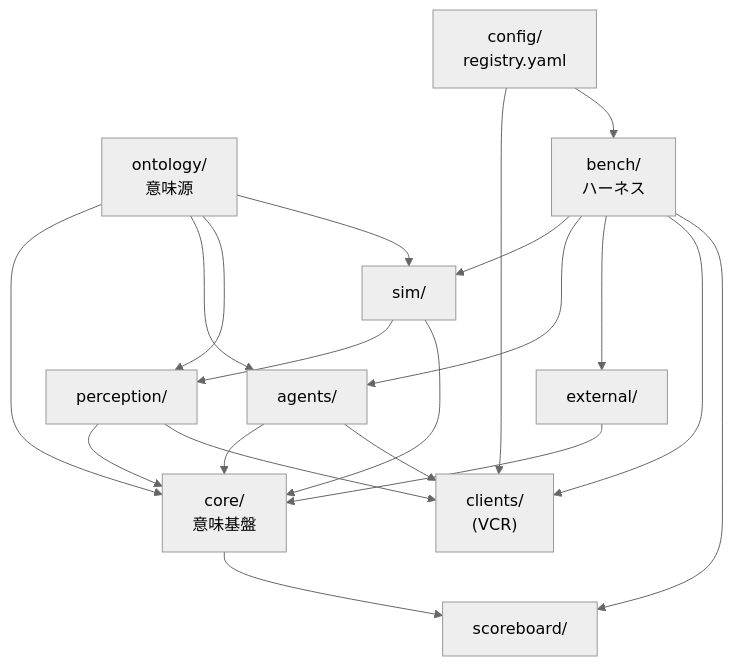
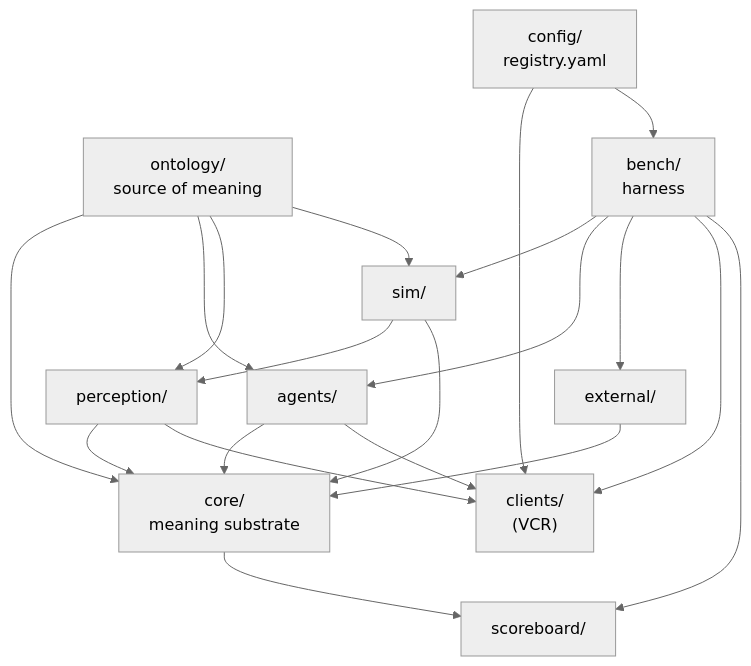
Before and after one commit to shibuiwilliam/robotics-experiments: the second of 4 diagrams in Musubi/PROJECT.md, drawn with Mermaid (neutral theme). The commit also changed other lines of this file and 2 other files, not shown here.

````diff
--- a/Musubi/PROJECT.md
+++ b/Musubi/PROJECT.md
@@ -168,32 +168,32 @@
 ```mermaid
 flowchart TD
-    ONT["ontology/<br/>意味源"]
+    ONT["ontology/<br/>source of meaning"]
     CFG["config/<br/>registry.yaml"]
-    CORE["core/<br/>意味基盤"]
+    CORE["core/<br/>meaning substrate"]
     SIM["sim/"]
     PER["perception/"]
     EXT["external/"]
     CLI["clients/<br/>(VCR)"]
     AG["agents/"]
-    BE["bench/<br/>ハーネス"]
+    BE["bench/<br/>harness"]
     SB["scoreboard/"]
     ONT --> CORE
     ONT --> AG
     ONT --> PER
     ONT --> SIM
     CFG --> CLI
     CFG --> BE
     SIM --> PER
     PER --> CORE
     SIM --> CORE
     EXT --> CORE
     AG --> CORE
     AG --> CLI
     PER --> CLI
     BE --> SIM
     BE --> AG
     BE --> EXT
     BE --> CLI
     CORE --> SB
     BE --> SB
 ```
````
